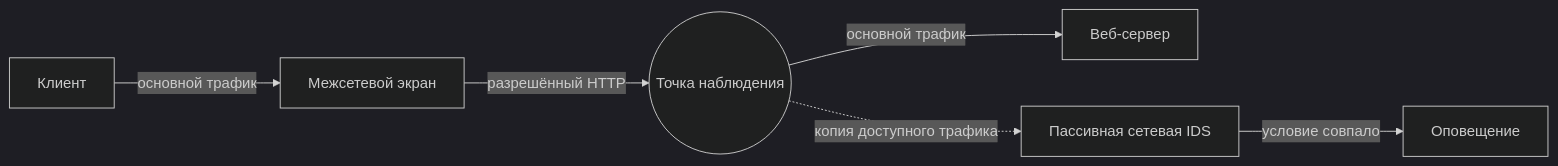
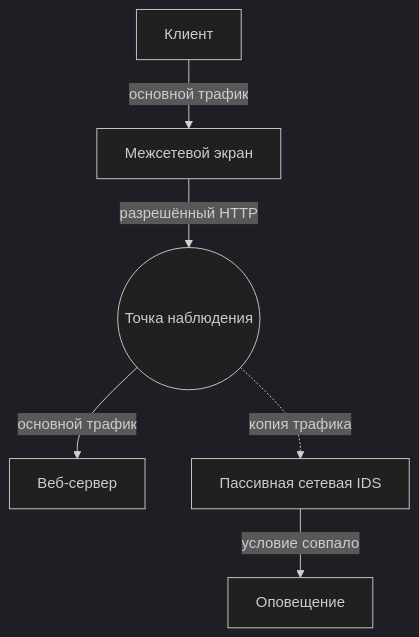
Before and after one commit to 11ndra/spvo: the third of 4 diagrams in docs/course/01-intro.md, drawn with Mermaid (dark theme). The commit also changed other lines of this file and 11 other files, not shown here.

````diff
--- a/docs/course/01-intro.md
+++ b/docs/course/01-intro.md
@@ -216,8 +222,13 @@
 ```mermaid
-flowchart LR
+flowchart TB
     C["Клиент"] -->|основной трафик| F["Межсетевой экран"]
     F -->|разрешённый HTTP| S(("Точка наблюдения"))
     S -->|основной трафик| W["Веб-сервер"]
-    S -.->|копия доступного трафика| N["Пассивная сетевая IDS"]
+    S -.->|копия трафика| N["Пассивная сетевая IDS"]
     N -->|условие совпало| A["Оповещение"]
+    class C,W mm-endpoint
+    class F mm-control
+    class S mm-observation
+    class N mm-sensor
+    class A mm-result
 ```
````
